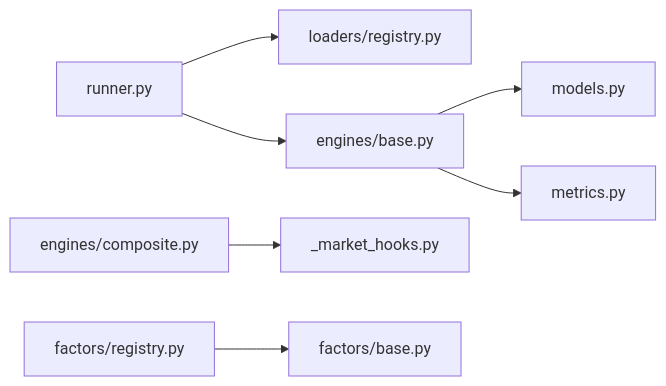
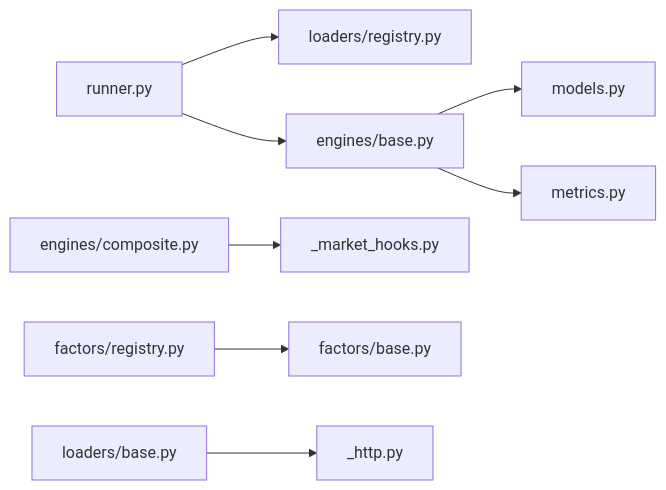
Before and after one commit to 20012002er/Vibe-Trading: the seventh of 7 diagrams in .qoder/repowiki/zh/content/量化回测引擎.md, drawn with Mermaid. The commit also changed other lines of this file and 96 other files, not shown here.

````diff
--- a/.qoder/repowiki/zh/content/量化回测引擎.md
+++ b/.qoder/repowiki/zh/content/量化回测引擎.md
@@ -333,9 +374,10 @@
 ```mermaid
 graph LR
 Runner["runner.py"] --> Reg["loaders/registry.py"]
 Runner --> BaseEng["engines/base.py"]
 BaseEng --> Models["models.py"]
 BaseEng --> Metrics["metrics.py"]
 Composite["engines/composite.py"] --> Hooks["_market_hooks.py"]
 FactorsReg["factors/registry.py"] --> FactorsBase["factors/base.py"]
+LoadersBase["loaders/base.py"] --> HTTP["_http.py"]
 ```
````
